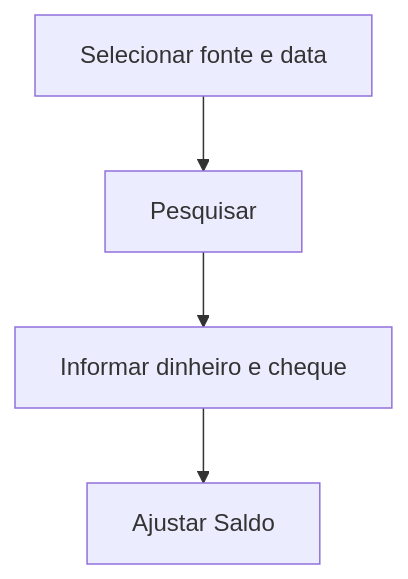
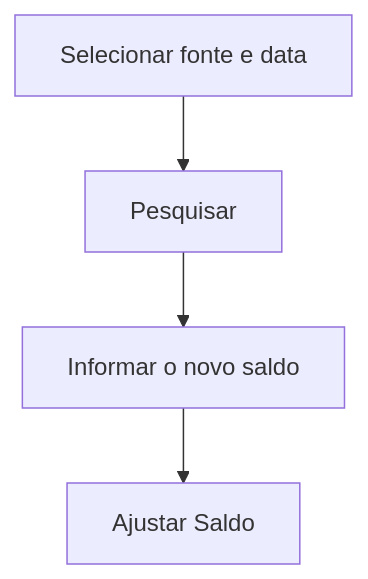
One commit to rlopeslameira/harpia-docs changed the diagram in docs/financeiro/ajusta-saldo-final-dia.md. Above: the diagram before and after it, drawn with Mermaid. The commit also changed other lines of this file and 29 other files, not shown here.

````diff
--- a/docs/financeiro/ajusta-saldo-final-dia.md
+++ b/docs/financeiro/ajusta-saldo-final-dia.md
@@ -81,6 +95,6 @@
 ```mermaid
 flowchart TD
     A[Selecionar fonte e data] --> B[Pesquisar]
-    B --> C[Informar dinheiro e cheque]
+    B --> C[Informar o novo saldo]
     C --> D[Ajustar Saldo]
 ```
````
